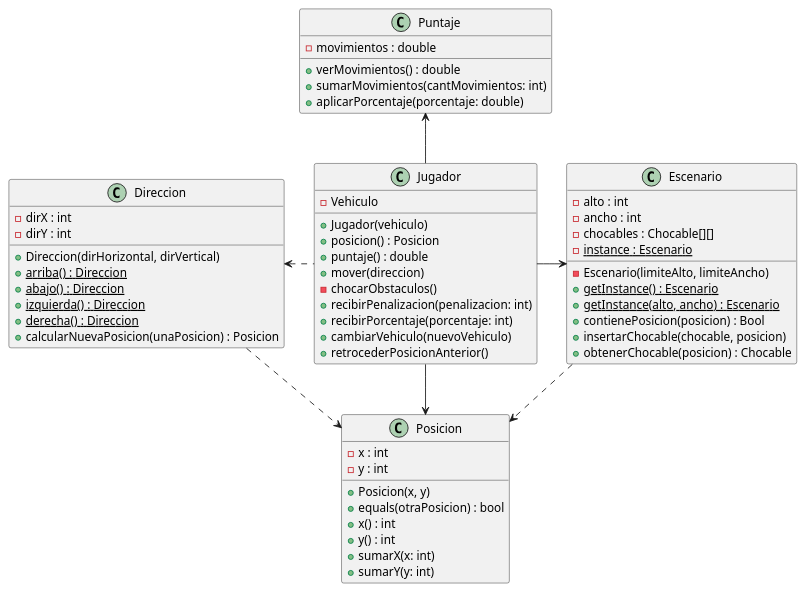
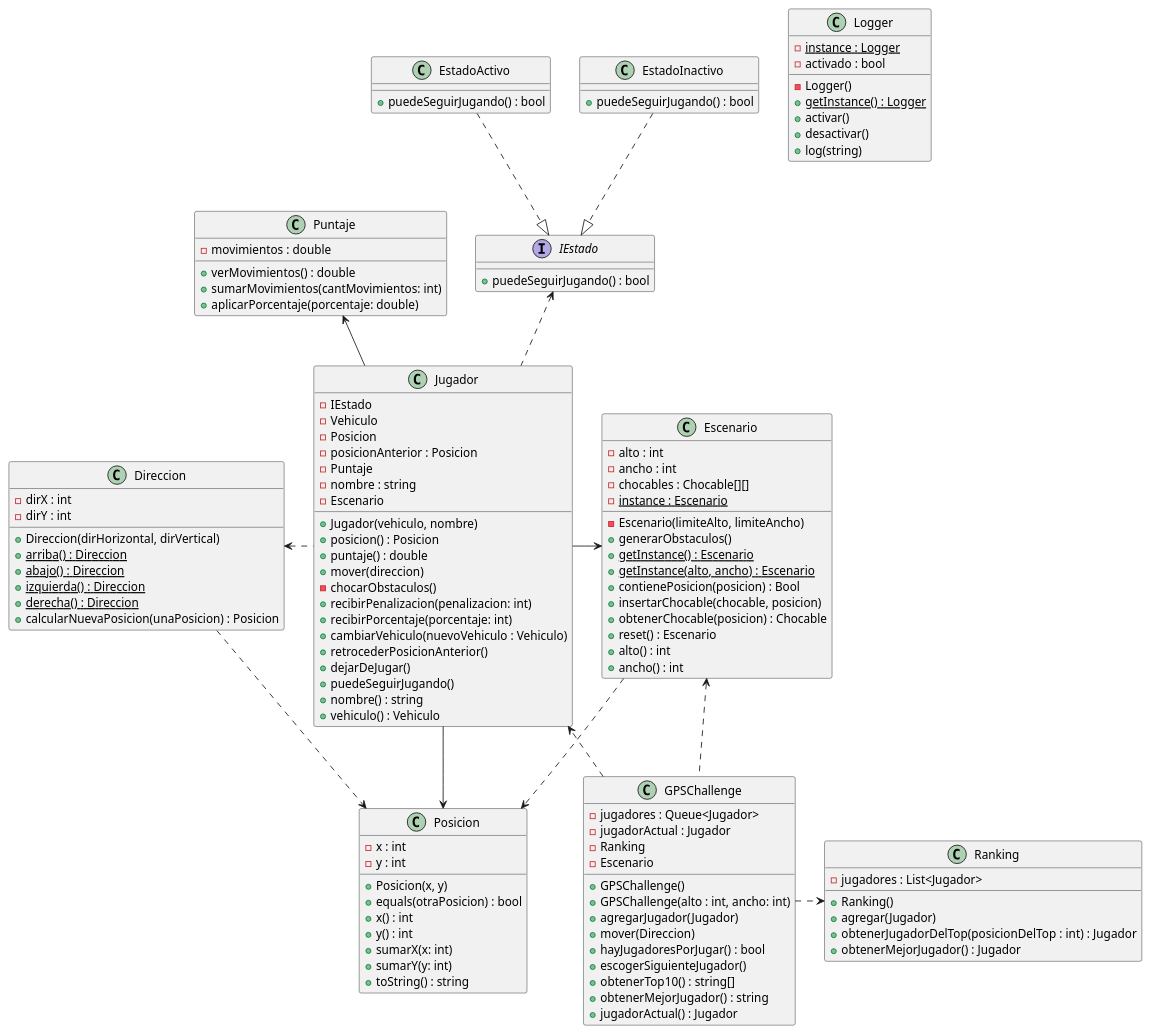
Before and after one commit to NestorPala/T17-GPSChallenge: the diagram in diagrams/classes/diagrama_general.puml, drawn with PlantUML. The commit also changed 13 other files, not shown here.

Commit message:
feat: actualizado diagrama y code cleanup

```diff
--- a/diagrams/classes/diagrama_general.puml
+++ b/diagrams/classes/diagrama_general.puml
@@ -1,70 +1,136 @@
 @startuml
 
 class Jugador {
+    - IEstado
     - Vehiculo
-    + Jugador(vehiculo)
+    - Posicion
+    - posicionAnterior : Posicion
+    - Puntaje
+    - nombre : string
+    - Escenario
+    + Jugador(vehiculo, nombre)
     + posicion() : Posicion
     + puntaje() : double
     + mover(direccion)
     - chocarObstaculos()
     + recibirPenalizacion(penalizacion: int)
     + recibirPorcentaje(porcentaje: int)
-    + cambiarVehiculo(nuevoVehiculo)
+    + cambiarVehiculo(nuevoVehiculo : Vehiculo)
     + retrocederPosicionAnterior()
+    + dejarDeJugar()
+    + puedeSeguirJugando()
+    + nombre() : string
+    + vehiculo() : Vehiculo
 }
 
 class Puntaje {
     - movimientos : double
     + verMovimientos() : double
     + sumarMovimientos(cantMovimientos: int)
     + aplicarPorcentaje(porcentaje: double)
-
 }
 
 class Direccion {
     - dirX : int
     - dirY : int
     + Direccion(dirHorizontal, dirVertical)
     + arriba() : Direccion {static}
     + abajo() : Direccion {static}
     + izquierda() : Direccion {static}
     + derecha() : Direccion {static}
     + calcularNuevaPosicion(unaPosicion) : Posicion
 }
 
 class Escenario {
     - alto : int
     - ancho : int
     - chocables : Chocable[][]
     - {static} instance : Escenario
     - Escenario(limiteAlto, limiteAncho)
+    + generarObstaculos()
     + {static} getInstance() : Escenario
     + {static} getInstance(alto, ancho) : Escenario
     + contienePosicion(posicion) : Bool
     + insertarChocable(chocable, posicion)
     + obtenerChocable(posicion) : Chocable
-
+    + reset() : Escenario
+    + alto() : int
+    + ancho() : int
 }
 
 class Posicion {
     - x : int
     - y : int
     + Posicion(x, y)
     + equals(otraPosicion) : bool
     + x() : int
     + y() : int
     + sumarX(x: int)
     + sumarY(y: int)
+    + toString() : string
 }
 
+class GPSChallenge {
+    - jugadores : Queue<Jugador>
+    - jugadorActual : Jugador
+    - Ranking
+    - Escenario
+    + GPSChallenge()
+    + GPSChallenge(alto : int, ancho: int)
+    + agregarJugador(Jugador)
+    + mover(Direccion)
+    + hayJugadoresPorJugar() : bool
+    + escogerSiguienteJugador()
+    + obtenerTop10() : string[]
+    + obtenerMejorJugador() : string
+    + jugadorActual() : Jugador
+}
+
+class Ranking {
+    - jugadores : List<Jugador>
+    + Ranking()
+    + agregar(Jugador)
+    + obtenerJugadorDelTop(posicionDelTop : int) : Jugador
+    + obtenerMejorJugador() : Jugador
+}
+
+class Logger {
+    - {static} instance : Logger
+    - activado : bool
+    - Logger()
+    + {static} getInstance() : Logger
+    + activar()
+    + desactivar()
+    + log(string)
+}
+
+interface IEstado {
+    + puedeSeguirJugando() : bool
+}
+
+class EstadoActivo {
+    + puedeSeguirJugando() : bool
+}
+
+class EstadoInactivo {
+    + puedeSeguirJugando() : bool
+}
 
 Jugador -> Escenario
 Puntaje <-- Jugador
 Posicion <-- Jugador
 Direccion <. Jugador
 
 Direccion .> Posicion
 Escenario ..> Posicion
 
+EstadoActivo ..|> IEstado
+EstadoInactivo ..|> IEstado
+
+IEstado <.. Jugador
+
+GPSChallenge .> Ranking
+GPSChallenge ..> Jugador
+Escenario <. GPSChallenge
 
 @enduml
```
